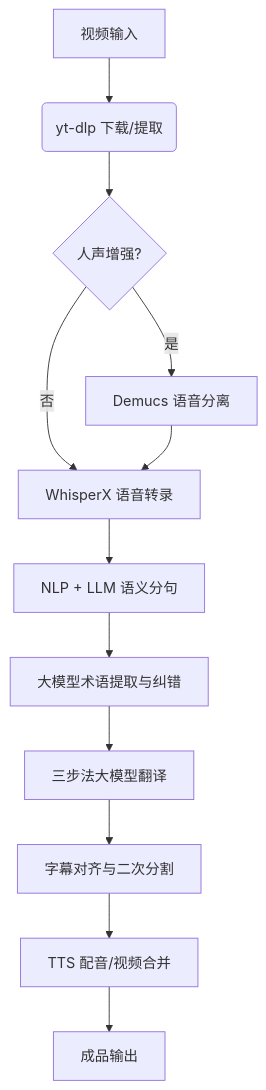
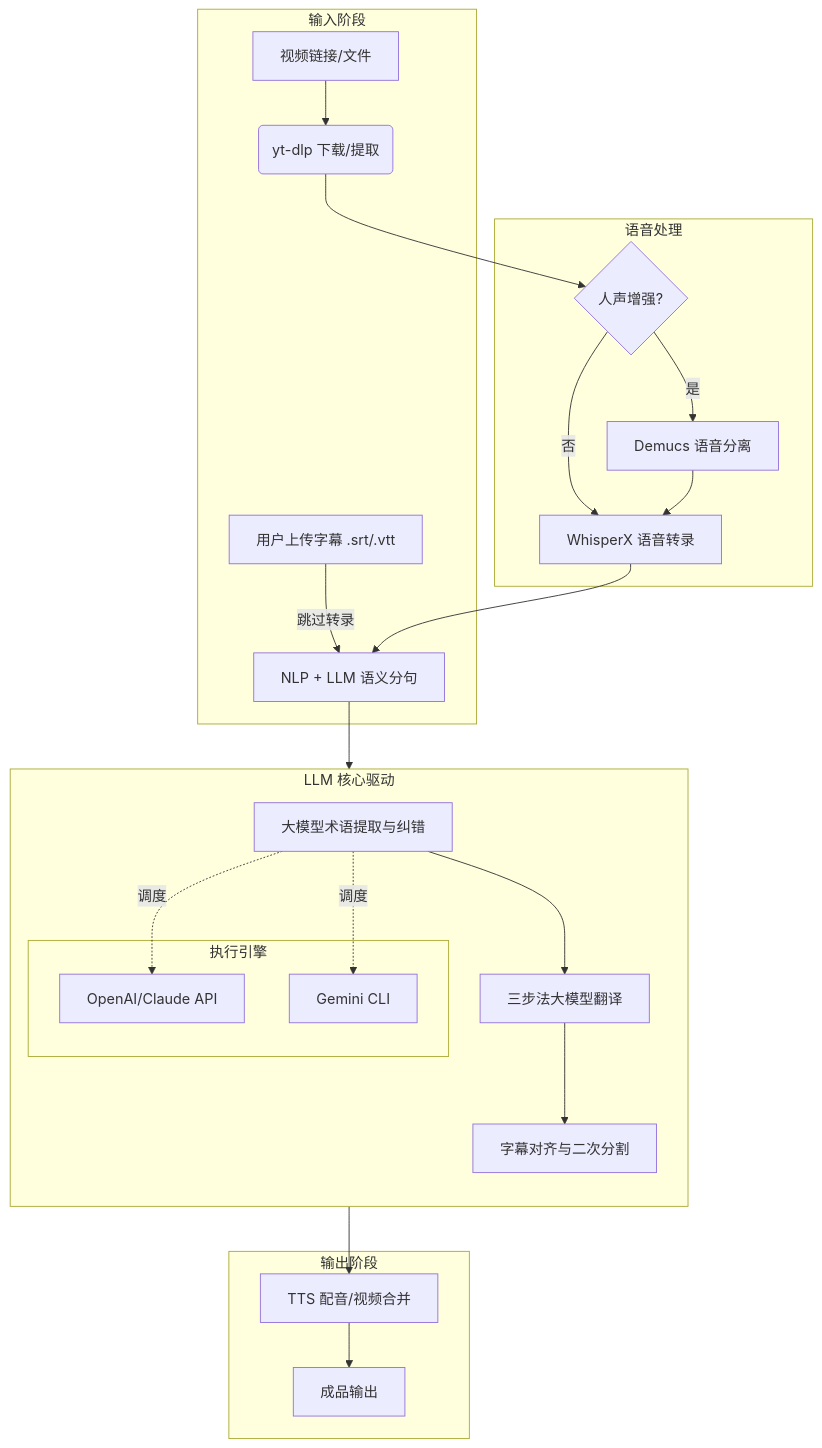
The diagram in README.md (qxk2005/videolingo-q), drawn with Mermaid before and after one commit. The commit also changed other lines of this file, not shown here.

Commit message:
docs: update architecture with subtitle upload and Gemini CLI paths

````diff
--- a/README.md
+++ b/README.md
@@ -36,14 +36,34 @@
 ```mermaid
 graph TD
-    A[视频输入] --> B(yt-dlp 下载/提取)
-    B --> C{人声增强?}
-    C -- 是 --> D[Demucs 语音分离]
-    C -- 否 --> E[WhisperX 语音转录]
-    D --> E
-    E --> F[NLP + LLM 语义分句]
-    F --> G[大模型术语提取与纠错]
-    G --> H[三步法大模型翻译]
-    H --> I[字幕对齐与二次分割]
-    I --> J[TTS 配音/视频合并]
-    J --> K[成品输出]
+    subgraph 输入阶段
+        A1[视频链接/文件] --> B(yt-dlp 下载/提取)
+        A2[用户上传字幕 .srt/.vtt] -- 跳过转录 --> F
+    end
+
+    subgraph 语音处理
+        B --> C{人声增强?}
+        C -- 是 --> D[Demucs 语音分离]
+        C -- 否 --> E[WhisperX 语音转录]
+        D --> E
+        E --> F[NLP + LLM 语义分句]
+    end
+
+    subgraph LLM 核心驱动
+        direction TB
+        F --> G[大模型术语提取与纠错]
+        G --> H[三步法大模型翻译]
+        H --> I[字幕对齐与二次分割]
+        
+        subgraph 执行引擎
+            L1[OpenAI/Claude API]
+            L2[Gemini CLI]
+        end
+        G -. 调度 .-> L1
+        G -. 调度 .-> L2
+    end
+
+    subgraph 输出阶段
+        I --> J[TTS 配音/视频合并]
+        J --> K[成品输出]
+    end
 ```
````
